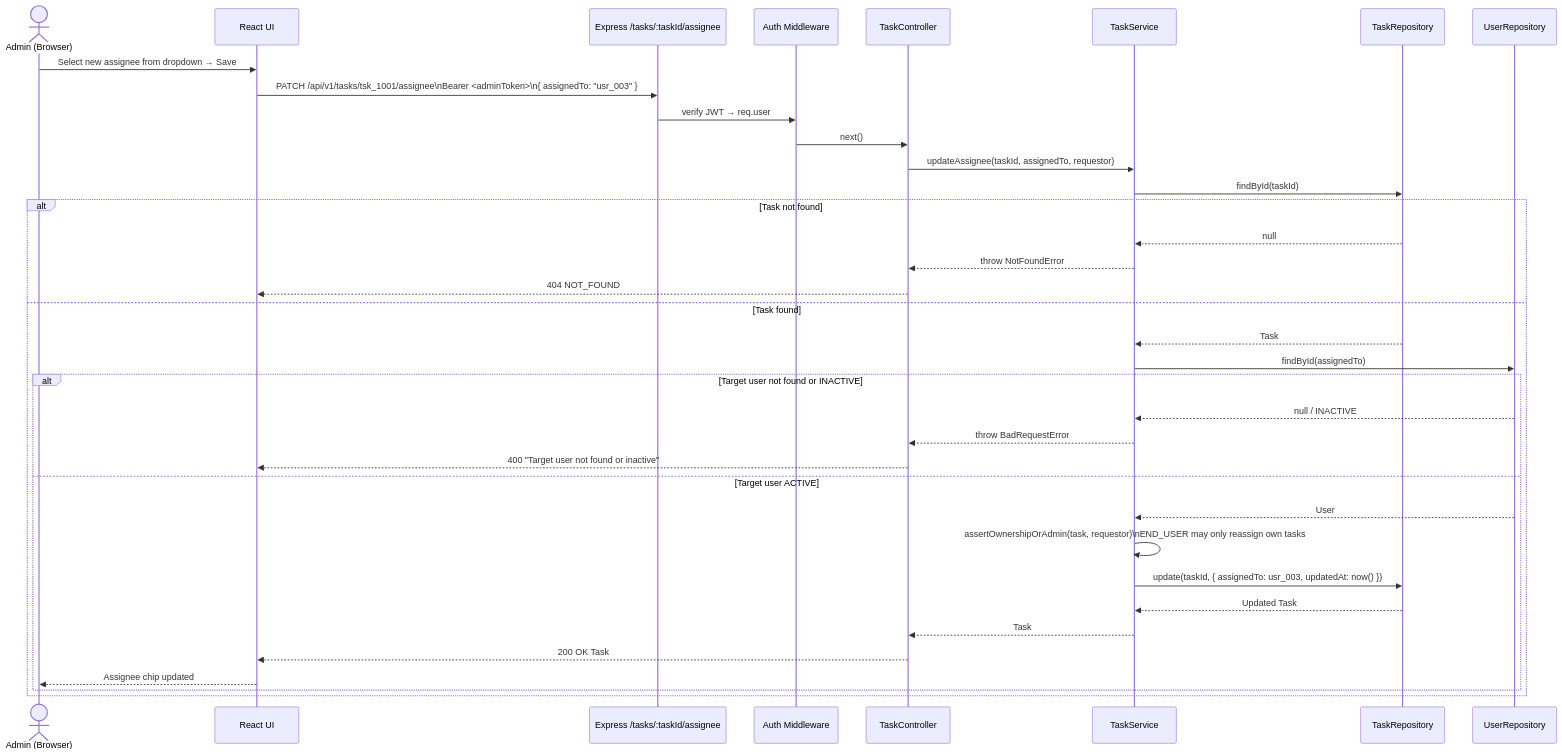
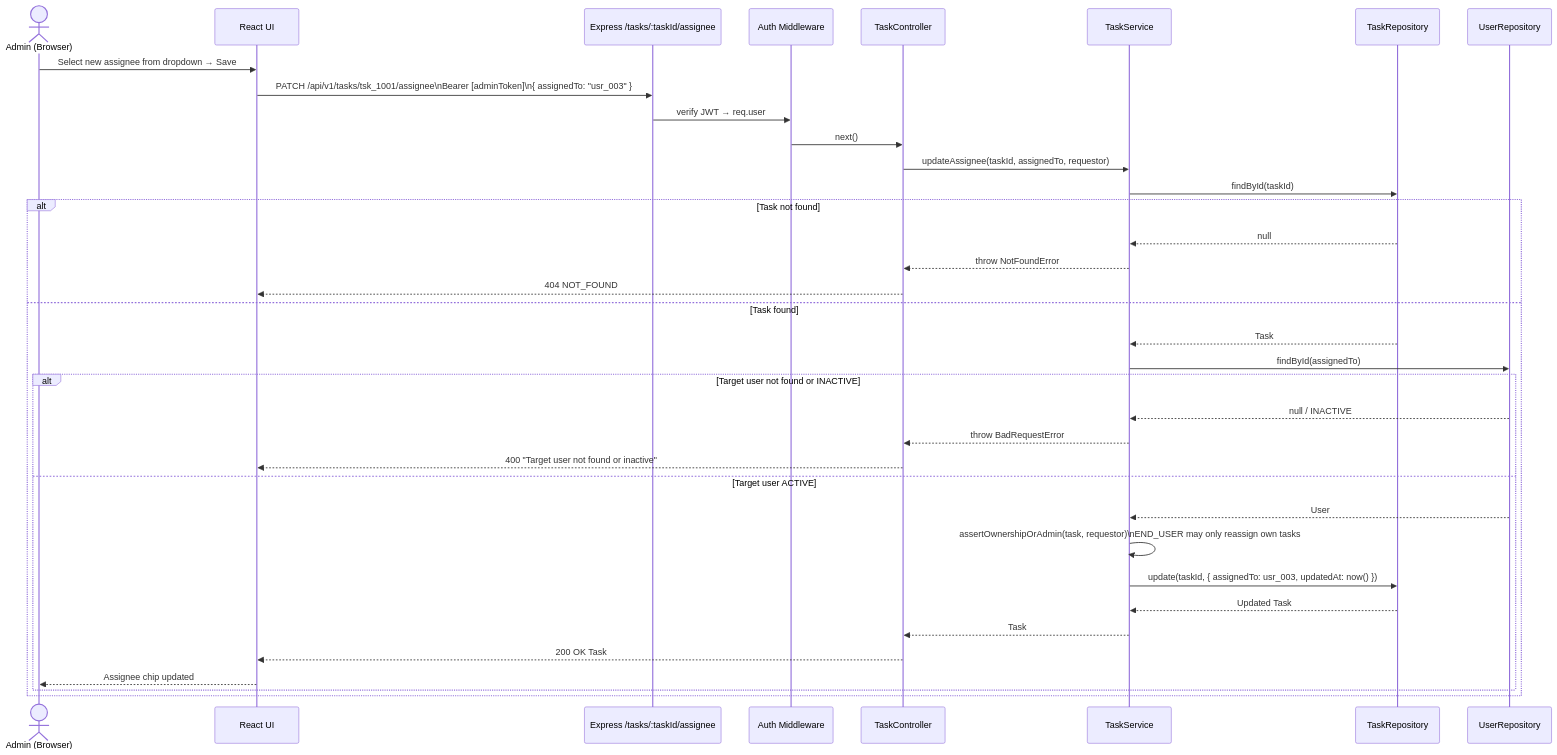
Diagram 13 of 17 in software-architecture.md (vijaynvb/ellucian_ghc3), drawn with Mermaid before and after one commit. The commit also changed other lines of this file and 14285 other files, not shown here.

````diff
--- a/software-architecture.md
+++ b/software-architecture.md
@@ -768,39 +776,39 @@
 ```mermaid
 sequenceDiagram
     actor Admin as Admin (Browser)
     participant UI as React UI
     participant API as Express /tasks/:taskId/assignee
     participant AuthMW as Auth Middleware
     participant TC as TaskController
     participant TS as TaskService
     participant TR as TaskRepository
     participant UR as UserRepository
 
     Admin->>UI: Select new assignee from dropdown → Save
-    UI->>API: PATCH /api/v1/tasks/tsk_1001/assignee\nBearer <adminToken>\n{ assignedTo: "usr_003" }
+    UI->>API: PATCH /api/v1/tasks/tsk_1001/assignee\nBearer [adminToken]\n{ assignedTo: "usr_003" }
     API->>AuthMW: verify JWT → req.user
     AuthMW->>TC: next()
     TC->>TS: updateAssignee(taskId, assignedTo, requestor)
     TS->>TR: findById(taskId)
     alt Task not found
         TR-->>TS: null
         TS-->>TC: throw NotFoundError
         TC-->>UI: 404 NOT_FOUND
     else Task found
         TR-->>TS: Task
         TS->>UR: findById(assignedTo)
         alt Target user not found or INACTIVE
             UR-->>TS: null / INACTIVE
             TS-->>TC: throw BadRequestError
             TC-->>UI: 400 "Target user not found or inactive"
         else Target user ACTIVE
             UR-->>TS: User
             TS->>TS: assertOwnershipOrAdmin(task, requestor)\nEND_USER may only reassign own tasks
             TS->>TR: update(taskId, { assignedTo: usr_003, updatedAt: now() })
             TR-->>TS: Updated Task
             TS-->>TC: Task
             TC-->>UI: 200 OK Task
             UI-->>Admin: Assignee chip updated
         end
     end
 ```
````
